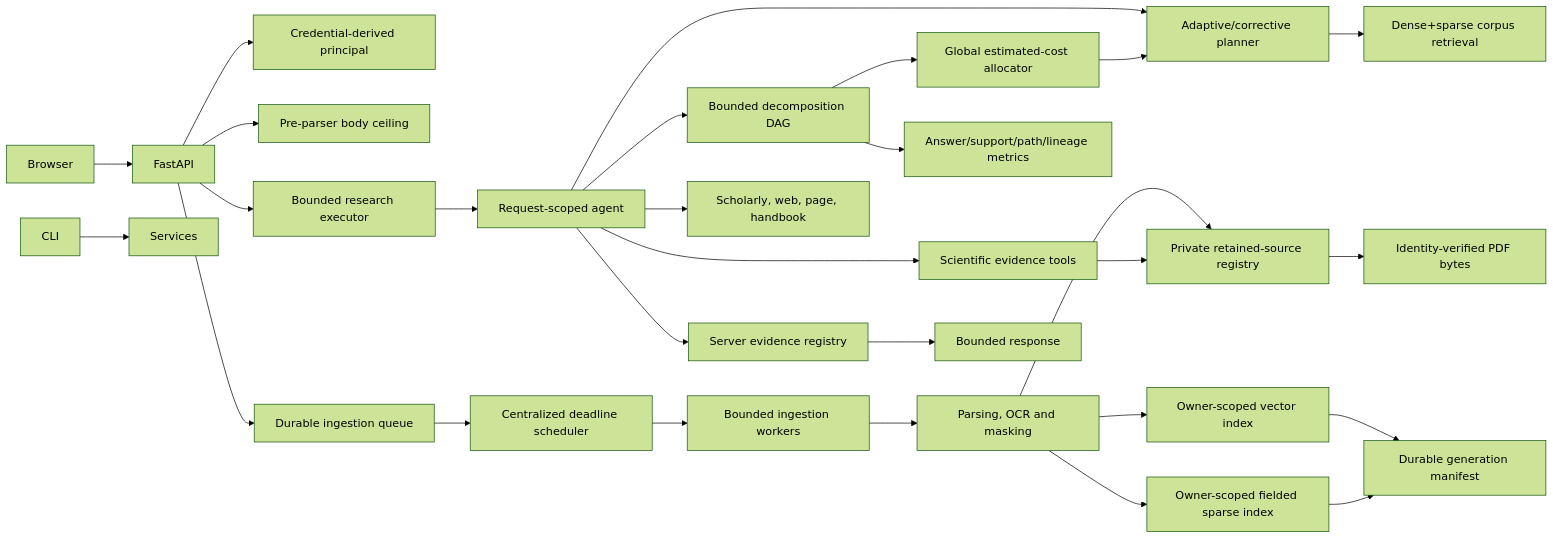
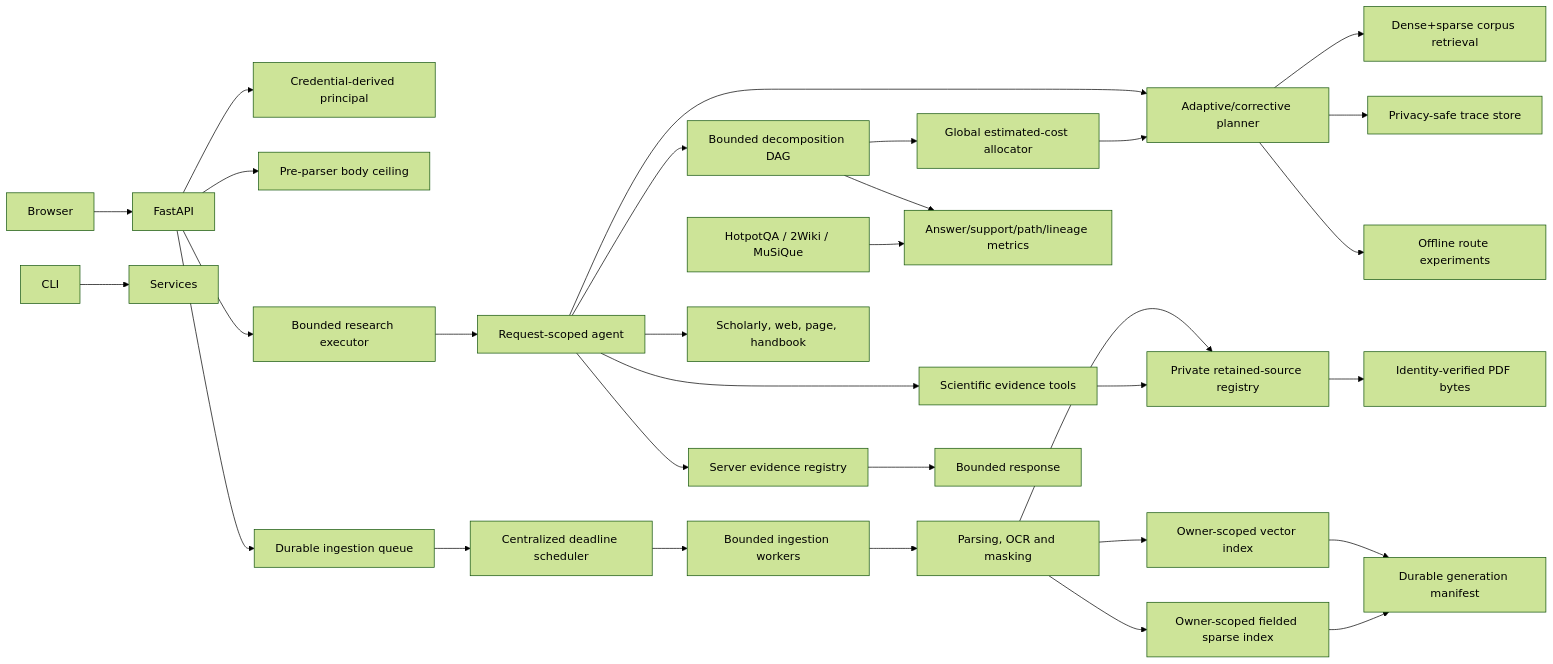
One commit to Anurag9000/RigorousRAG changed the diagram in README.md. Above: the diagram before and after it, drawn with Mermaid (forest theme). The commit also changed other lines of this file, not shown here.

Commit message:
Refresh README for adaptive traces and multi-hop benchmarks

````diff
--- a/README.md
+++ b/README.md
@@ -29,30 +31,33 @@
 ```mermaid
 graph LR
     Browser --> FastAPI
     CLI --> Services
     FastAPI --> Principal[Credential-derived principal]
     FastAPI --> BodyLimit[Pre-parser body ceiling]
     FastAPI --> ResearchPool[Bounded research executor]
     FastAPI --> Queue[Durable ingestion queue]
     Queue --> Scheduler[Centralized deadline scheduler]
     Scheduler --> Workers[Bounded ingestion workers]
     Workers --> Parser[Parsing, OCR and masking]
     Parser --> Vector[Owner-scoped vector index]
     Parser --> Sparse[Owner-scoped fielded sparse index]
     Parser --> Registry[Private retained-source registry]
     Vector --> Generation[Durable generation manifest]
     Sparse --> Generation
     ResearchPool --> Agent[Request-scoped agent]
     Agent --> Adaptive[Adaptive/corrective planner]
     Adaptive --> Hybrid[Dense+sparse corpus retrieval]
+    Adaptive --> Trace[Privacy-safe trace store]
+    Adaptive --> RouteEval[Offline route experiments]
     Agent --> MultiHop[Bounded decomposition DAG]
     MultiHop --> Budget[Global estimated-cost allocator]
     Budget --> Adaptive
     MultiHop --> Metrics[Answer/support/path/lineage metrics]
+    Benchmarks[HotpotQA / 2Wiki / MuSiQue] --> Metrics
     Agent --> PublicTools[Scholarly, web, page, handbook]
     Agent --> Science[Scientific evidence tools]
     Science --> Registry
     Registry --> Visual[Identity-verified PDF bytes]
     Agent --> Evidence[Server evidence registry]
     Evidence --> Answer[Bounded response]
 ```
````
